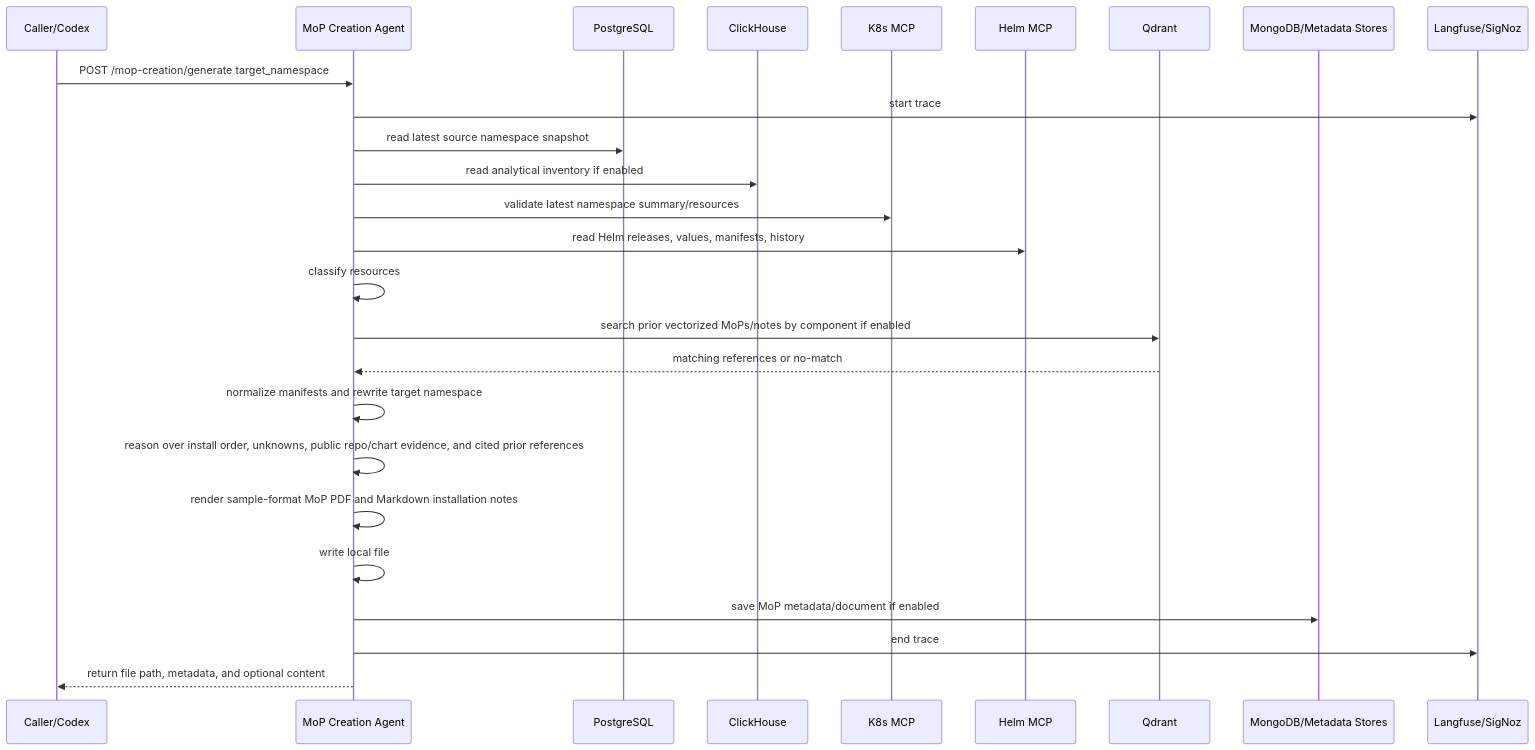
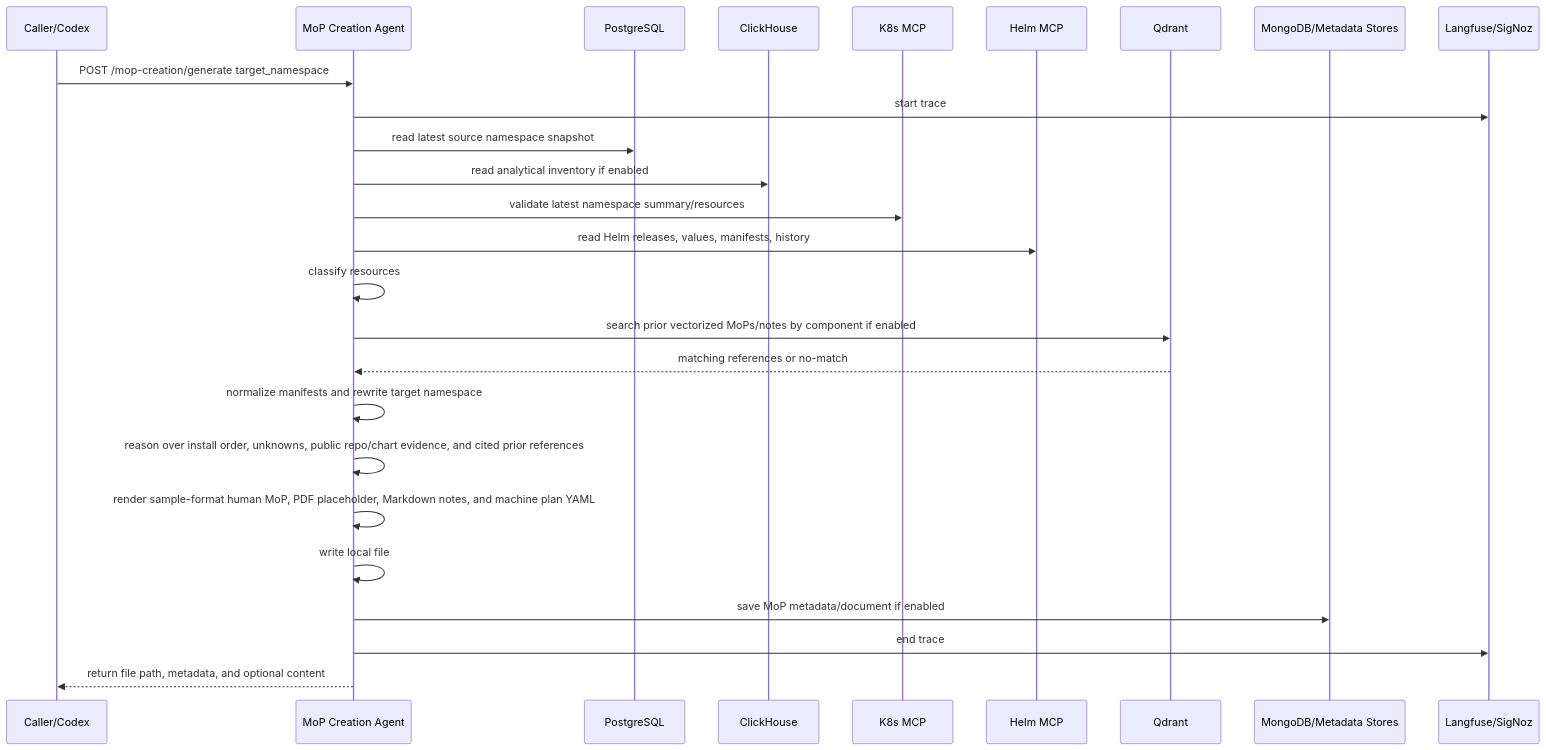
One commit to aveeshek/bosgenesis-mop-creation-agent changed the second of 5 diagrams in docs/02_HLD_MOP_CREATION_AGENT.md. Above: the diagram before and after it, drawn with Mermaid. The commit also changed other lines of this file and 27 other files, not shown here.

Commit message:
Implement phase 8 markdown installation notes renderer

````diff
--- a/docs/02_HLD_MOP_CREATION_AGENT.md
+++ b/docs/02_HLD_MOP_CREATION_AGENT.md
@@ -80,29 +80,29 @@
 ```mermaid
 sequenceDiagram
     participant C as Caller/Codex
     participant A as MoP Creation Agent
     participant PG as PostgreSQL
     participant CH as ClickHouse
     participant K as K8s MCP
     participant H as Helm MCP
     participant Q as Qdrant
     participant M as MongoDB/Metadata Stores
     participant O as Langfuse/SigNoz
 
     C->>A: POST /mop-creation/generate target_namespace
     A->>O: start trace
     A->>PG: read latest source namespace snapshot
     A->>CH: read analytical inventory if enabled
     A->>K: validate latest namespace summary/resources
     A->>H: read Helm releases, values, manifests, history
     A->>A: classify resources
     A->>Q: search prior vectorized MoPs/notes by component if enabled
     Q-->>A: matching references or no-match
     A->>A: normalize manifests and rewrite target namespace
     A->>A: reason over install order, unknowns, public repo/chart evidence, and cited prior references
-    A->>A: render sample-format MoP PDF and Markdown installation notes
+    A->>A: render sample-format human MoP, PDF placeholder, Markdown notes, and machine plan YAML
     A->>A: write local file
     A->>M: save MoP metadata/document if enabled
     A->>O: end trace
     A-->>C: return file path, metadata, and optional content
 ```
````
